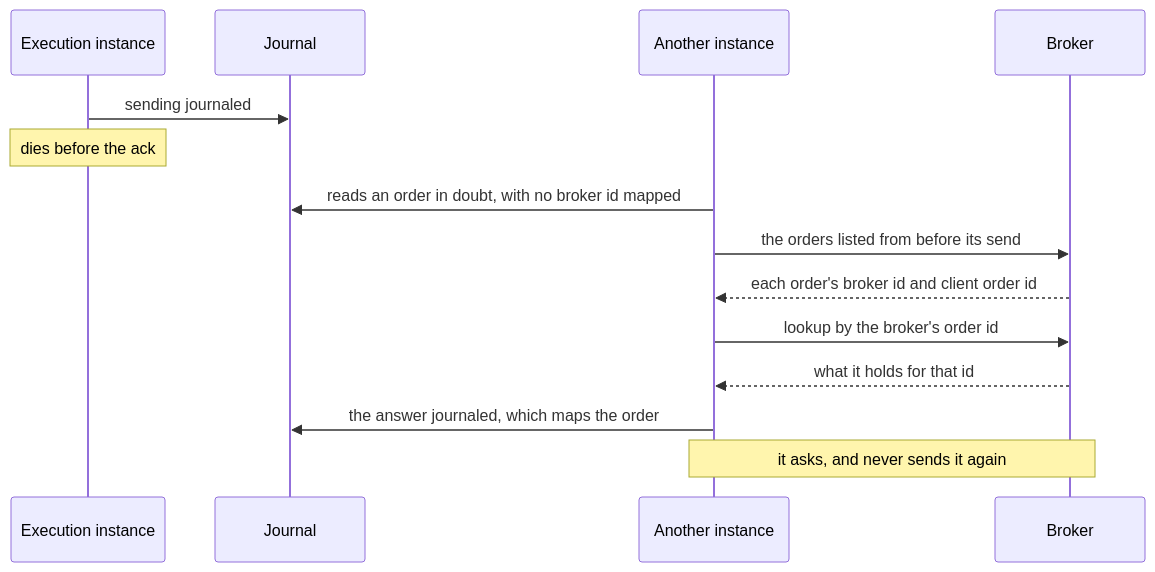
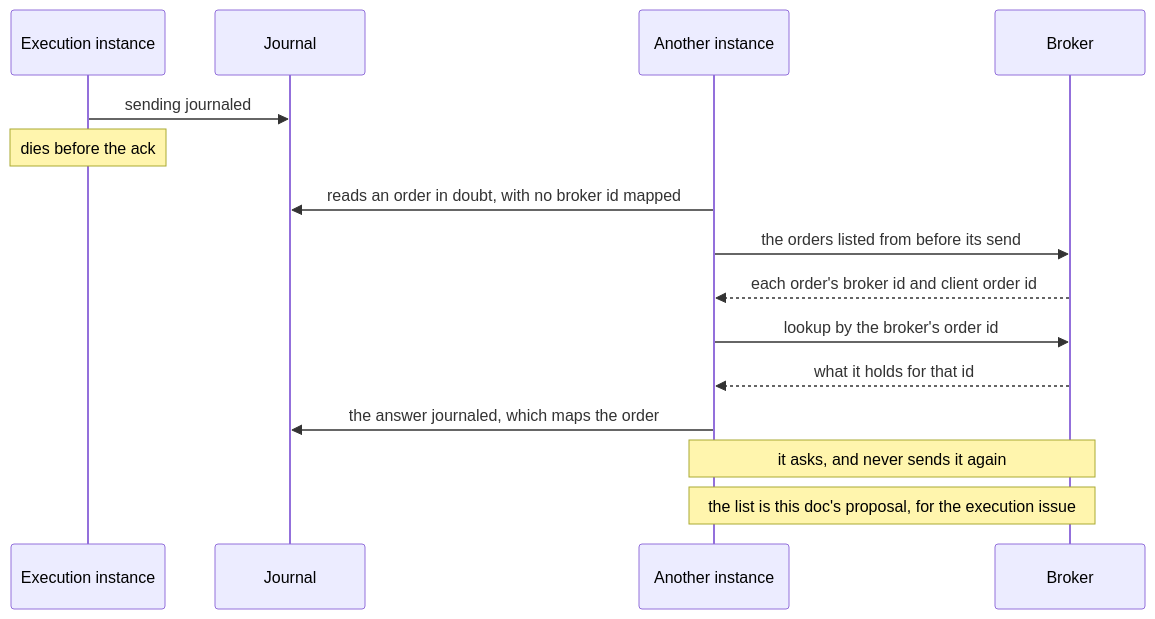
Before and after one commit to l3a0/ithildin-runtime: diagram 20 of 34 in docs/architecture.md, drawn with Mermaid. The commit also changed other lines of this file and 2 other files, not shown here.

````diff
--- a/docs/architecture.md
+++ b/docs/architecture.md
@@ -1148,16 +1148,17 @@
 ```mermaid
 sequenceDiagram
     participant X1 as Execution instance
     participant J as Journal
     participant X2 as Another instance
     participant B as Broker
     X1->>J: sending journaled
     Note over X1: dies before the ack
     X2->>J: reads an order in doubt, with no broker id mapped
     X2->>B: the orders listed from before its send
     B-->>X2: each order's broker id and client order id
     X2->>B: lookup by the broker's order id
     B-->>X2: what it holds for that id
     X2->>J: the answer journaled, which maps the order
     Note over X2,B: it asks, and never sends it again
+    Note over X2,B: the list is this doc's proposal, for the execution issue
 ```
````
